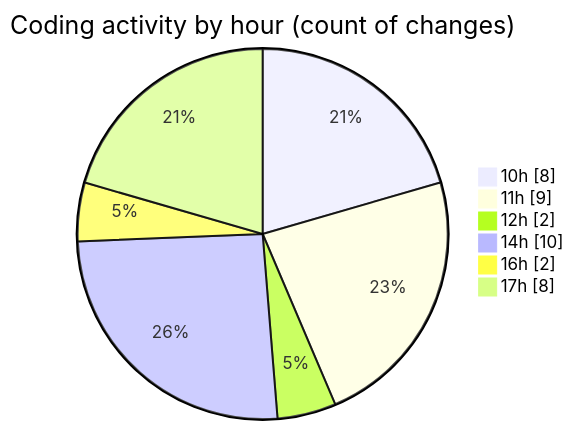
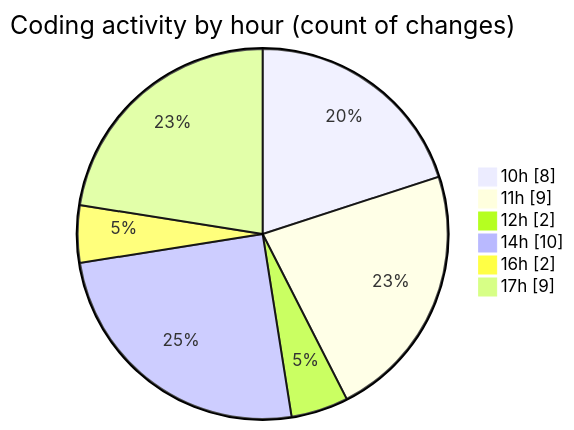
One commit to igalym/code-tracking changed the second of 2 diagrams in 2025-12-30/budget_front_nest/README.md. Above: the diagram before and after it, drawn with Mermaid. The commit also changed other lines of this file and 1 other file, not shown here.

````diff
--- a/2025-12-30/budget_front_nest/README.md
+++ b/2025-12-30/budget_front_nest/README.md
@@ -44,10 +44,10 @@
 ```mermaid
 pie showData
 title Coding activity by hour (count of changes)
 "10h" : 8
 "11h" : 9
 "12h" : 2
 "14h" : 10
 "16h" : 2
-"17h" : 8
+"17h" : 9
 ```
````
